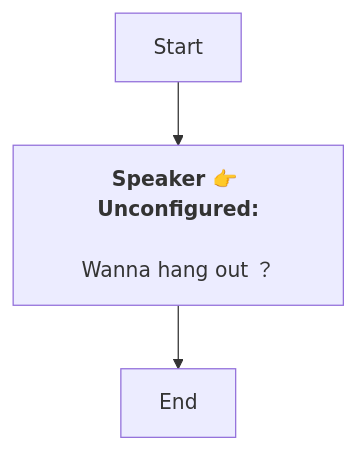
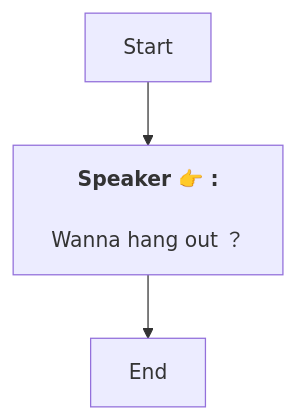
Before and after one commit to SoftHu/tos_avg: the diagram in Zh/Dialog_55391243952774.md, drawn with Mermaid. The commit also changed 737 other files, not shown here.

````diff
--- a/Zh/Dialog_55391243952774.md
+++ b/Zh/Dialog_55391243952774.md
@@ -1,8 +1,7 @@
 ```mermaid
 graph
-Start -->1772519973525748[<b>Speaker 👉 Unconfigured:</b>
-
-Wanna hang out ？]
+Start -->1772519973525748[<b>Speaker 👉 :</b>
+\nWanna hang out ？]
 1772519973525748 -->1772519960720627[End]
 
- ```
+```
````
